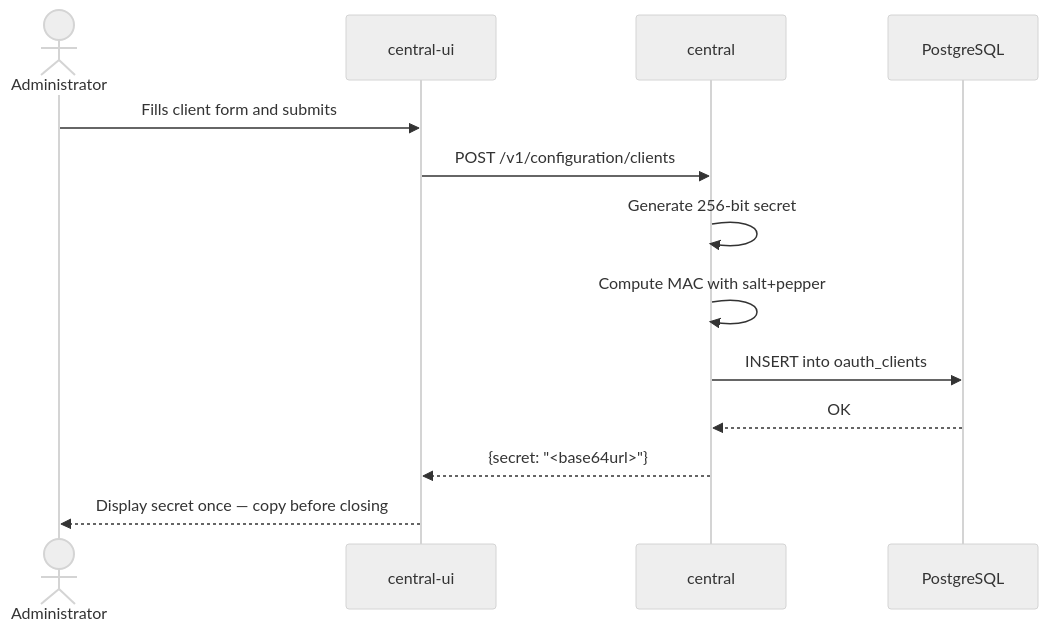
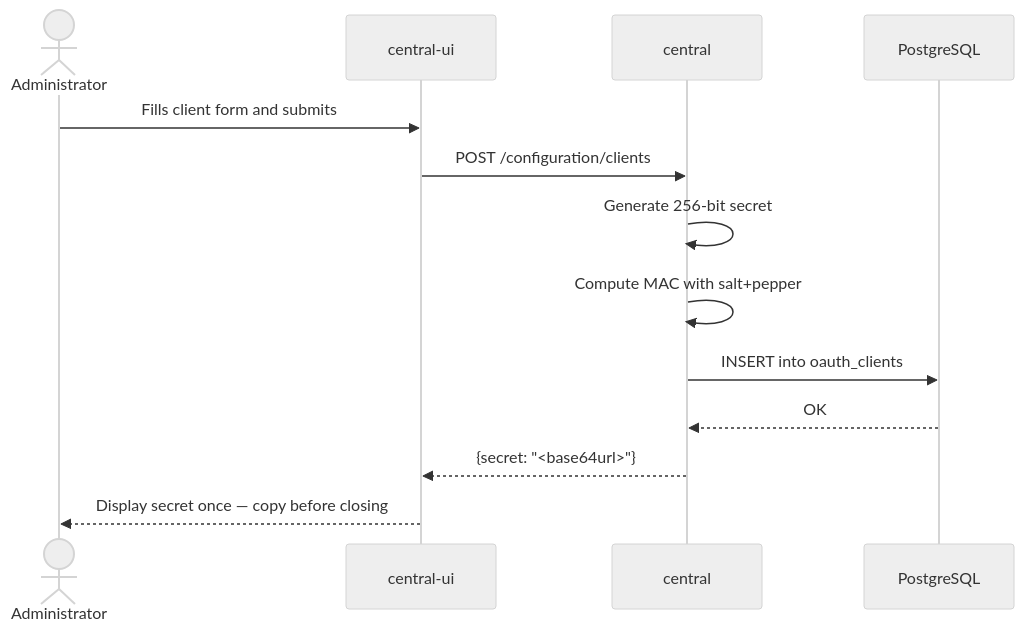
Before and after one commit to versolauth/versola: the fifth of 8 diagrams in adr/03_central_service.md, drawn with Mermaid (neutral theme). The commit also changed other lines of this file and 234 other files, not shown here.

````diff
--- a/adr/03_central_service.md
+++ b/adr/03_central_service.md
@@ -162,16 +162,16 @@
 ```mermaid
 sequenceDiagram
     actor Admin as Administrator
     participant UI as central-ui
     participant Central as central
     participant DB as PostgreSQL
 
     Admin->>UI: Fills client form and submits
-    UI->>Central: POST /v1/configuration/clients
+    UI->>Central: POST /configuration/clients
     Central->>Central: Generate 256-bit secret
     Central->>Central: Compute MAC with salt+pepper
     Central->>DB: INSERT into oauth_clients
     DB-->>Central: OK
     Central-->>UI: {secret: "<base64url>"}
     UI-->>Admin: Display secret once — copy before closing
 ```
````
